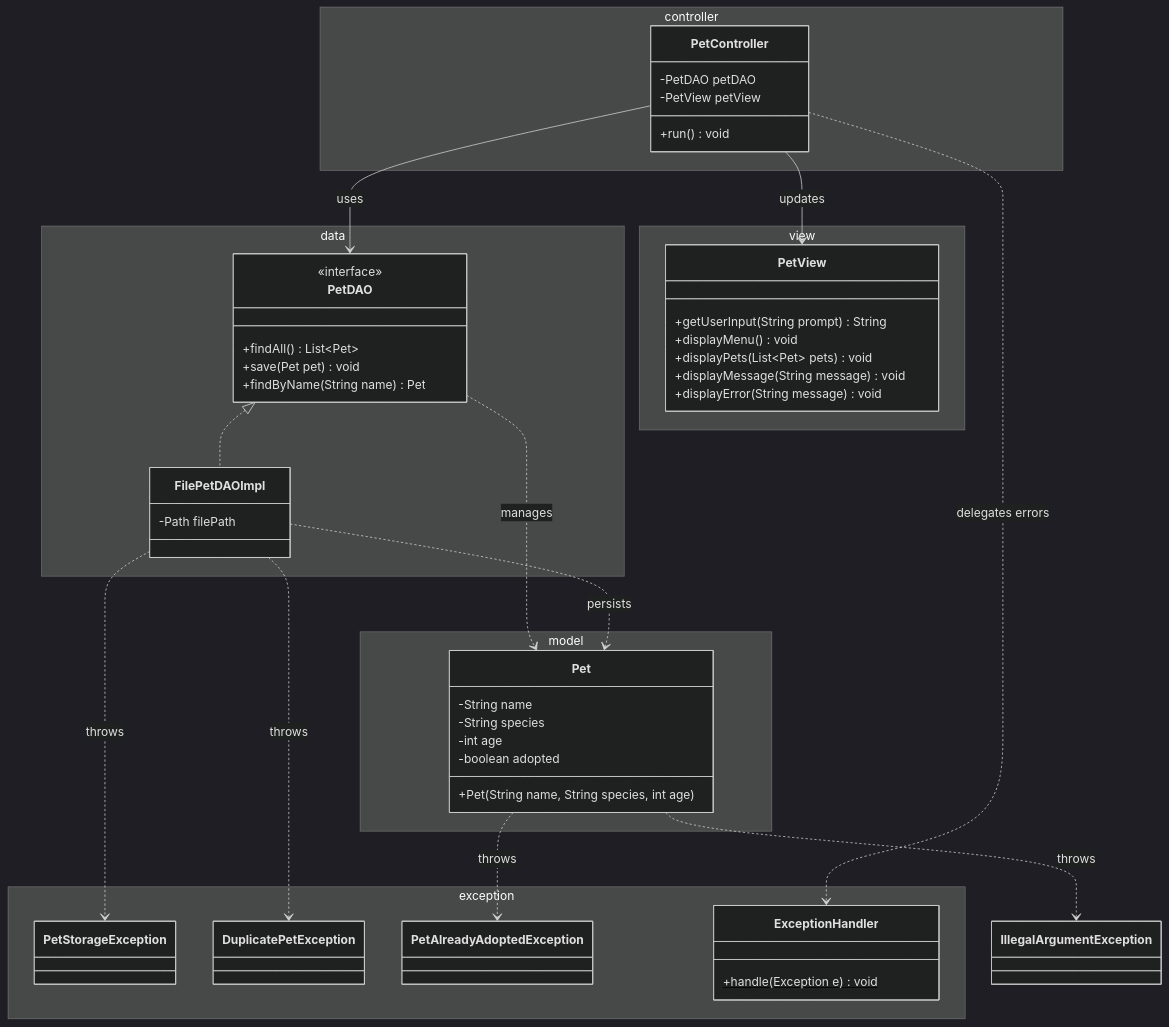
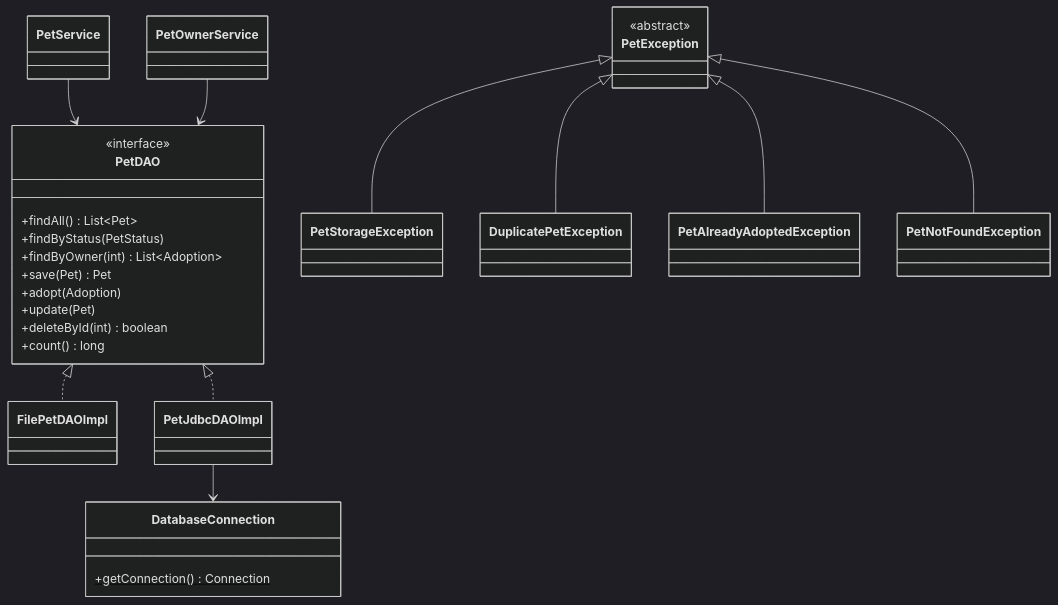
One commit to ihabau/Lexicon_WS_Exception changed the diagram in README.md. Above: the diagram before and after it, drawn with Mermaid (dark theme). The commit also changed other lines of this file and 1 other file, not shown here.

Commit message:
Docs: step 10 worksheet (Pet Adoption) - full clone capstone, complete architecture, 2 hints

````diff
--- a/README.md
+++ b/README.md
@@ -7,64 +27,33 @@
 ```mermaid
 classDiagram
-    namespace model {
-        class Pet {
-            -String name
-            -String species
-            -int age
-            -boolean adopted
-            +Pet(String name, String species, int age)
-        }
+    class PetDAO {
+        <<interface>>
+        +findAll() List~Pet~
+        +findByStatus(PetStatus)
+        +findByOwner(int) List~Adoption~
+        +save(Pet) Pet
+        +adopt(Adoption)
+        +update(Pet)
+        +deleteById(int) boolean
+        +count() long
     }
-
-    namespace data {
-        class PetDAO {
-            <<interface>>
-            +findAll() List~Pet~
-            +save(Pet pet) void
-            +findByName(String name) Pet
-        }
-        class FilePetDAOImpl {
-            -Path filePath
-        }
+    class FilePetDAOImpl
+    class PetJdbcDAOImpl
+    class PetService
+    class PetOwnerService
+    class DatabaseConnection {
+        +getConnection() Connection$
     }
-
-    namespace view {
-        class PetView {
-            +getUserInput(String prompt) String
-            +displayMenu() void
-            +displayPets(List~Pet~ pets) void
-            +displayMessage(String message) void
-            +displayError(String message) void
-        }
+    class PetException {
+        <<abstract>>
     }
-
-    namespace controller {
-        class PetController {
-            -PetDAO petDAO
-            -PetView petView
-            +run() void
-        }
-    }
-
-    namespace exception {
-        class PetStorageException { }
-        class DuplicatePetException { }
-        class PetAlreadyAdoptedException { }
-        class ExceptionHandler {
-            +handle(Exception e)$ void
-        }
-    }
-
     PetDAO <|.. FilePetDAOImpl
-    PetController --> PetDAO : uses
-    PetController --> PetView : updates
-    PetController ..> ExceptionHandler : delegates errors
-
-    PetDAO ..> Pet : manages
-    FilePetDAOImpl ..> Pet : persists
-
-    Pet ..> IllegalArgumentException : throws
-    Pet ..> PetAlreadyAdoptedException : throws
-    FilePetDAOImpl ..> PetStorageException : throws
-    FilePetDAOImpl ..> DuplicatePetException : throws
+    PetDAO <|.. PetJdbcDAOImpl
+    PetJdbcDAOImpl --> DatabaseConnection
+    PetService --> PetDAO
+    PetOwnerService --> PetDAO
+    PetException <|-- PetStorageException
+    PetException <|-- DuplicatePetException
+    PetException <|-- PetAlreadyAdoptedException
+    PetException <|-- PetNotFoundException
 ```
````
